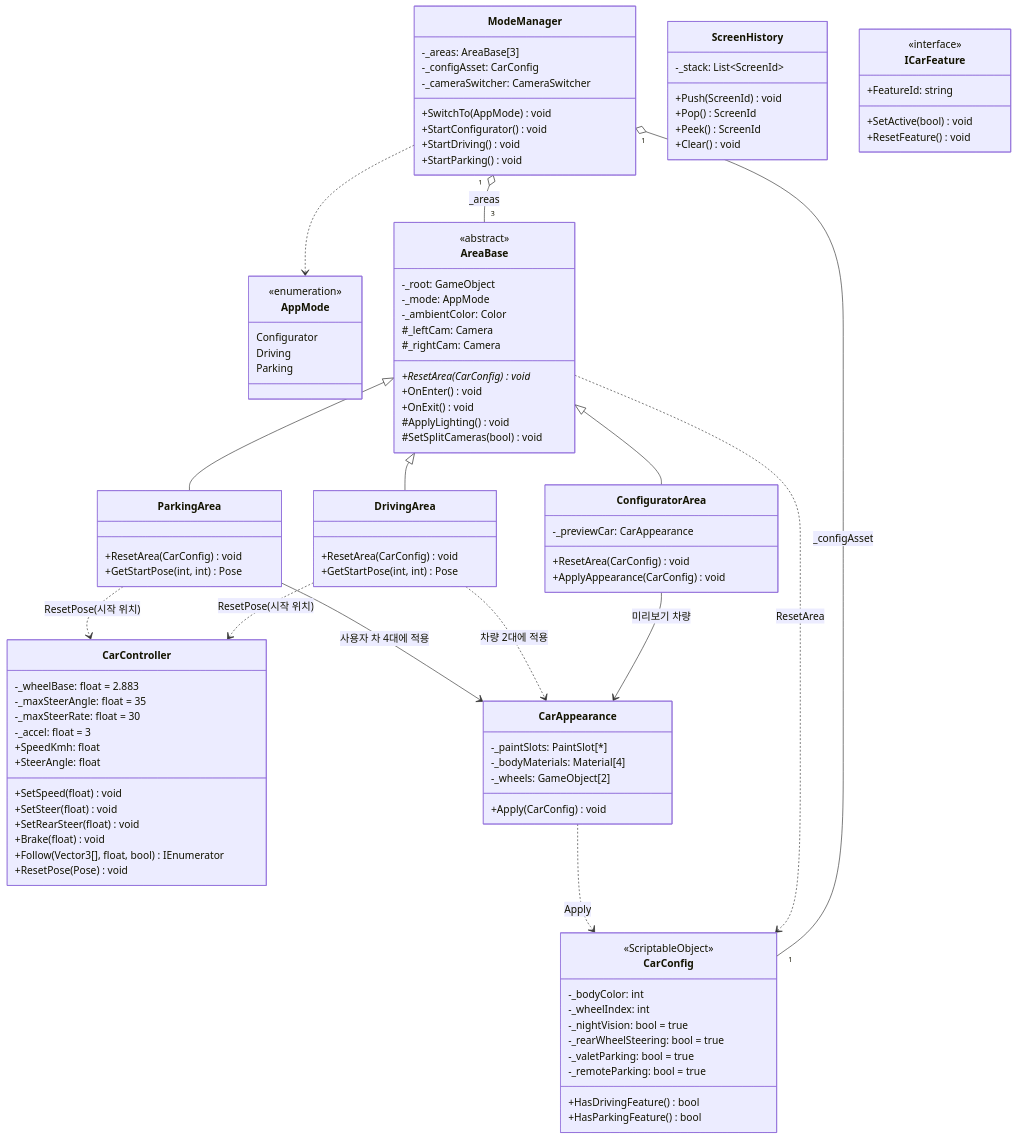
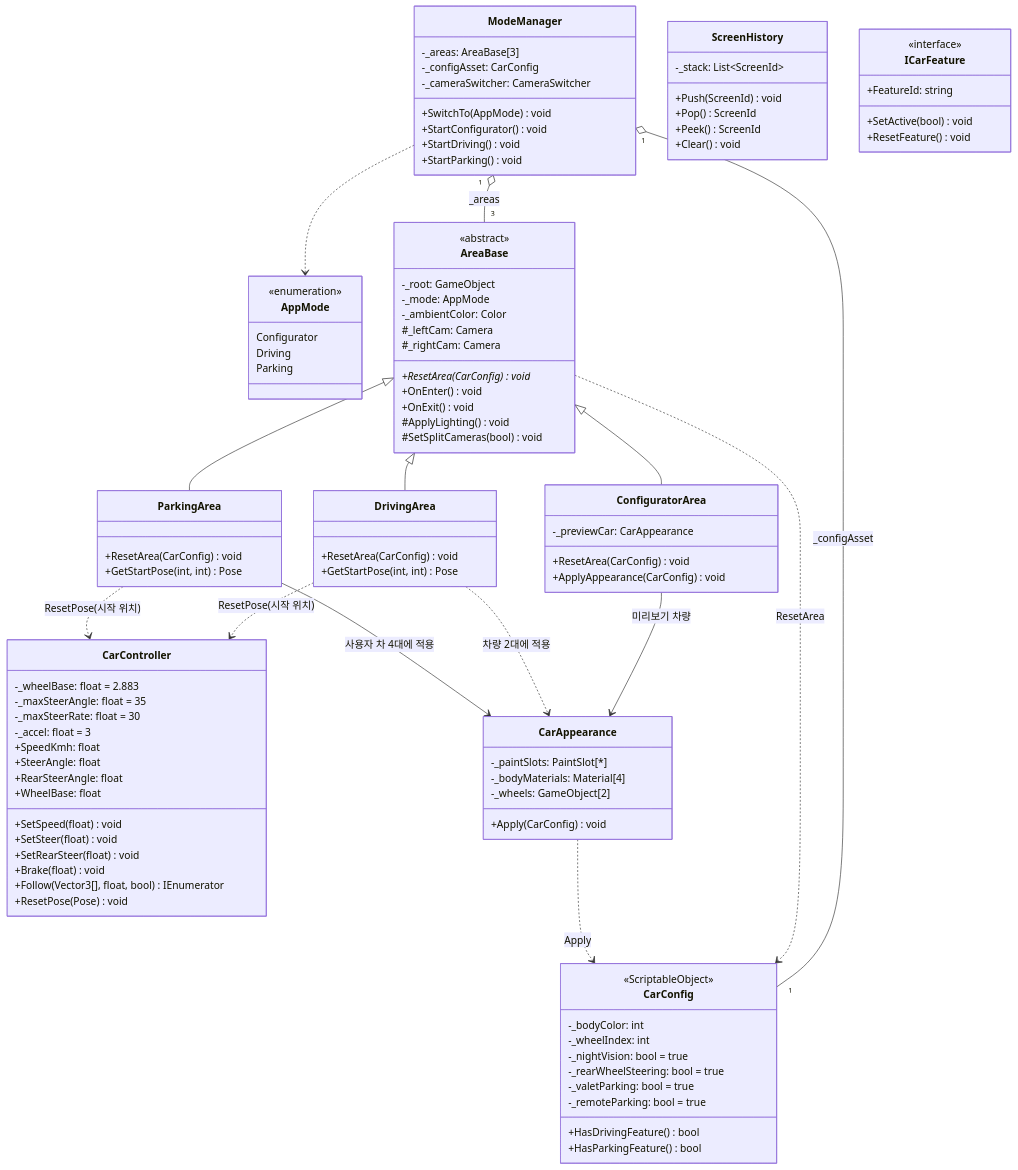
Before and after one commit to cuhote/YEYU_CarConfigurator_UnityProject: the first of 4 diagrams in docs/CLASS_DESIGN.md, drawn with Mermaid. The commit also changed other lines of this file and 2 other files, not shown here.

```diff
--- a/docs/CLASS_DESIGN.md
+++ b/docs/CLASS_DESIGN.md
@@ -140,6 +140,8 @@
     -_accel: float = 3
     +SpeedKmh: float
     +SteerAngle: float
+    +RearSteerAngle: float
+    +WheelBase: float
     +SetSpeed(float) void
     +SetSteer(float) void
     +SetRearSteer(float) void
```
